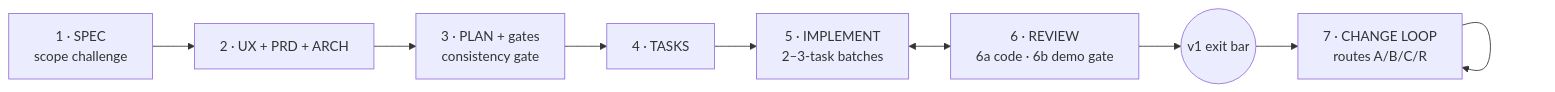
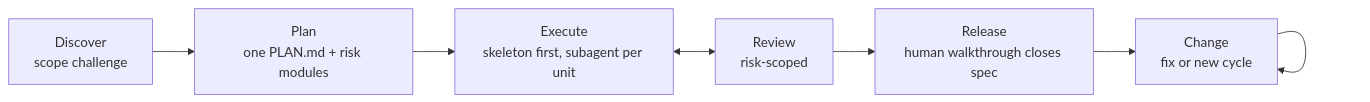
Before and after one commit to nabidam/brana: the diagram in README.md, drawn with Mermaid. The commit also changed other lines of this file and 26 other files, not shown here.

Commit message:
feat!: v2.0.0 token-efficiency redesign — one canonical plan, risk modules, pull gates, 3 router skills

````diff
--- a/README.md
+++ b/README.md
@@ -13,11 +19,9 @@
 ```mermaid
 flowchart LR
-    P1["1 · SPEC<br/>scope challenge"] --> P2["2 · UX + PRD + ARCH"]
-    P2 --> P3["3 · PLAN + gates<br/>consistency gate"]
-    P3 --> P4["4 · TASKS"]
-    P4 --> P5["5 · IMPLEMENT<br/>2–3-task batches"]
-    P5 <--> P6["6 · REVIEW<br/>6a code · 6b demo gate"]
-    P6 --> V1((v1 exit bar))
-    V1 --> P7["7 · CHANGE LOOP<br/>routes A/B/C/R"]
-    P7 --> P7
+    D["Discover<br/>scope challenge"] --> P["Plan<br/>one PLAN.md + risk modules"]
+    P --> E["Execute<br/>skeleton first, subagent per unit"]
+    E <--> R["Review<br/>risk-scoped"]
+    R --> S["Release<br/>human walkthrough closes spec"]
+    S --> C["Change<br/>fix or new cycle"]
+    C --> C
 ```
````
